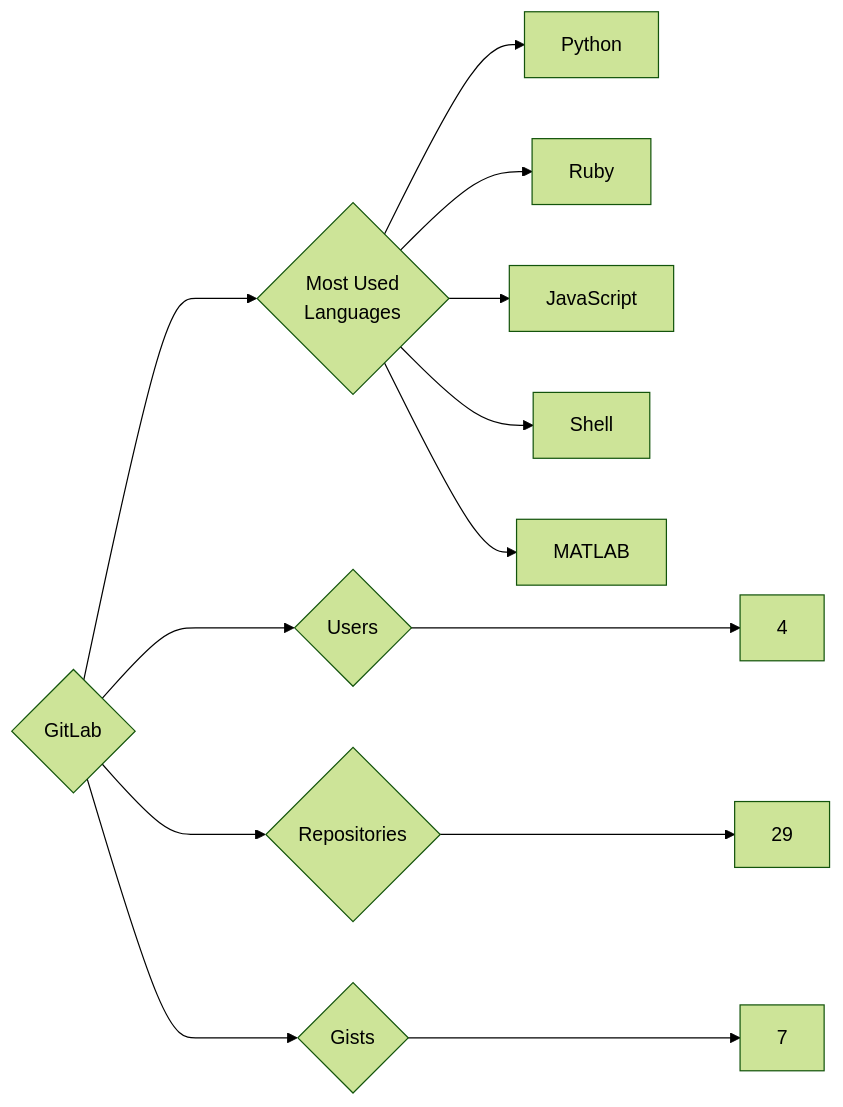
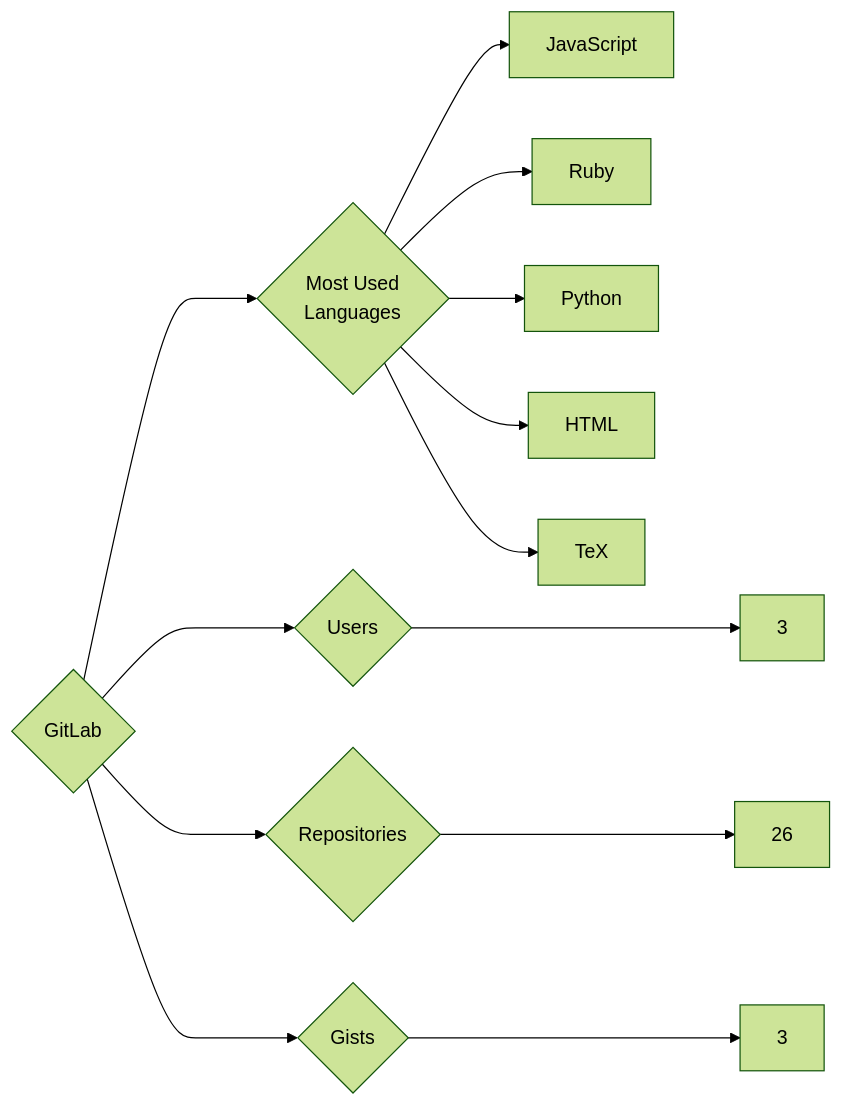
One commit to trickest/insiders changed the diagram in targets/GitLab/README.md. Above: the diagram before and after it, drawn with Mermaid (forest theme). The commit also changed 1036 other files, not shown here.

````diff
--- a/targets/GitLab/README.md
+++ b/targets/GitLab/README.md
@@ -3,13 +3,13 @@
 ```mermaid
 graph LR
 COMPANY_NAME{GitLab}
-COMPANY_NAME ---> U{Users} ---> UN[4]
-COMPANY_NAME ---> R{Repositories} ---> RN[29]
-COMPANY_NAME ---> G{Gists} ---> GN[7]
+COMPANY_NAME ---> U{Users} ---> UN[3]
+COMPANY_NAME ---> R{Repositories} ---> RN[26]
+COMPANY_NAME ---> G{Gists} ---> GN[3]
 COMPANY_NAME ---> ML{Most Used<br>Languages}
+ML --> JavaScript[JavaScript]
+ML --> Ruby[Ruby]
 ML --> Python[Python]
-ML --> Ruby[Ruby]
-ML --> JavaScript[JavaScript]
-ML --> Shell[Shell]
-ML --> MATLAB[MATLAB]
+ML --> HTML[HTML]
+ML --> TeX[TeX]
 ```
````
